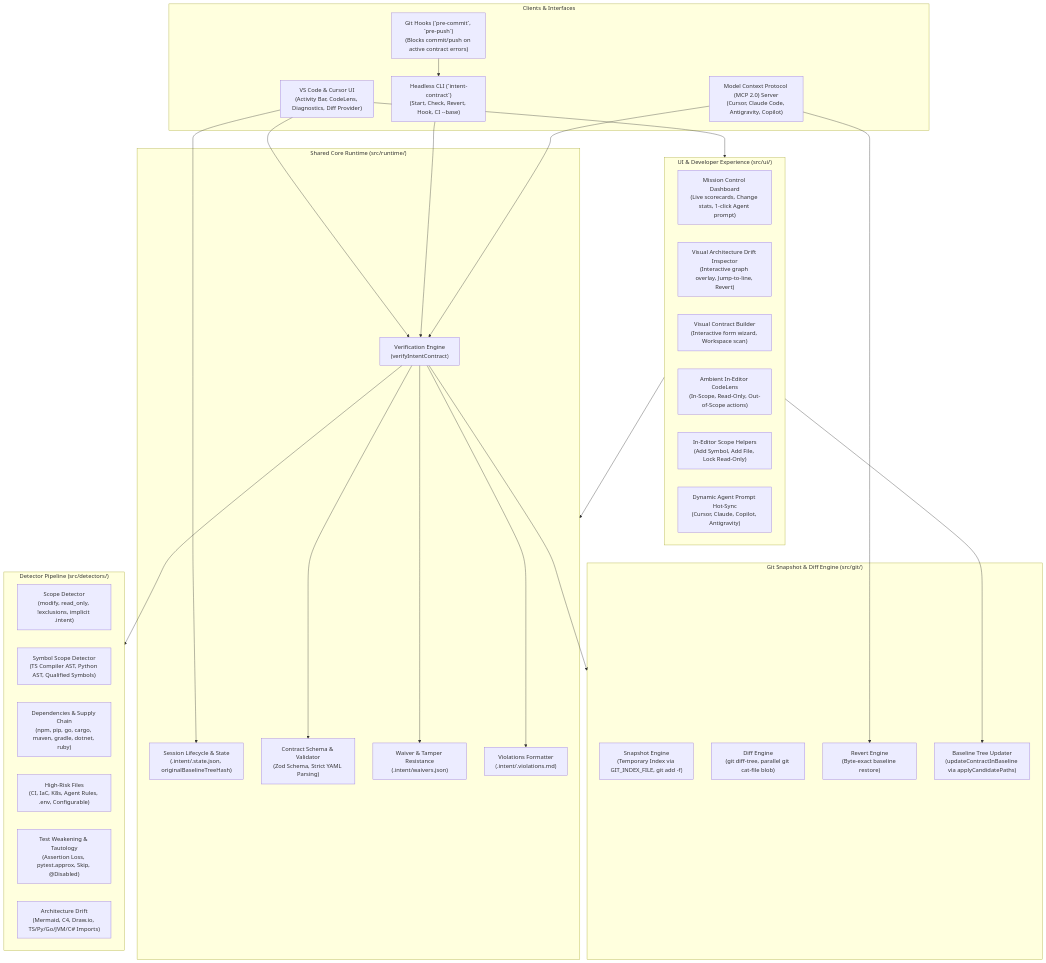
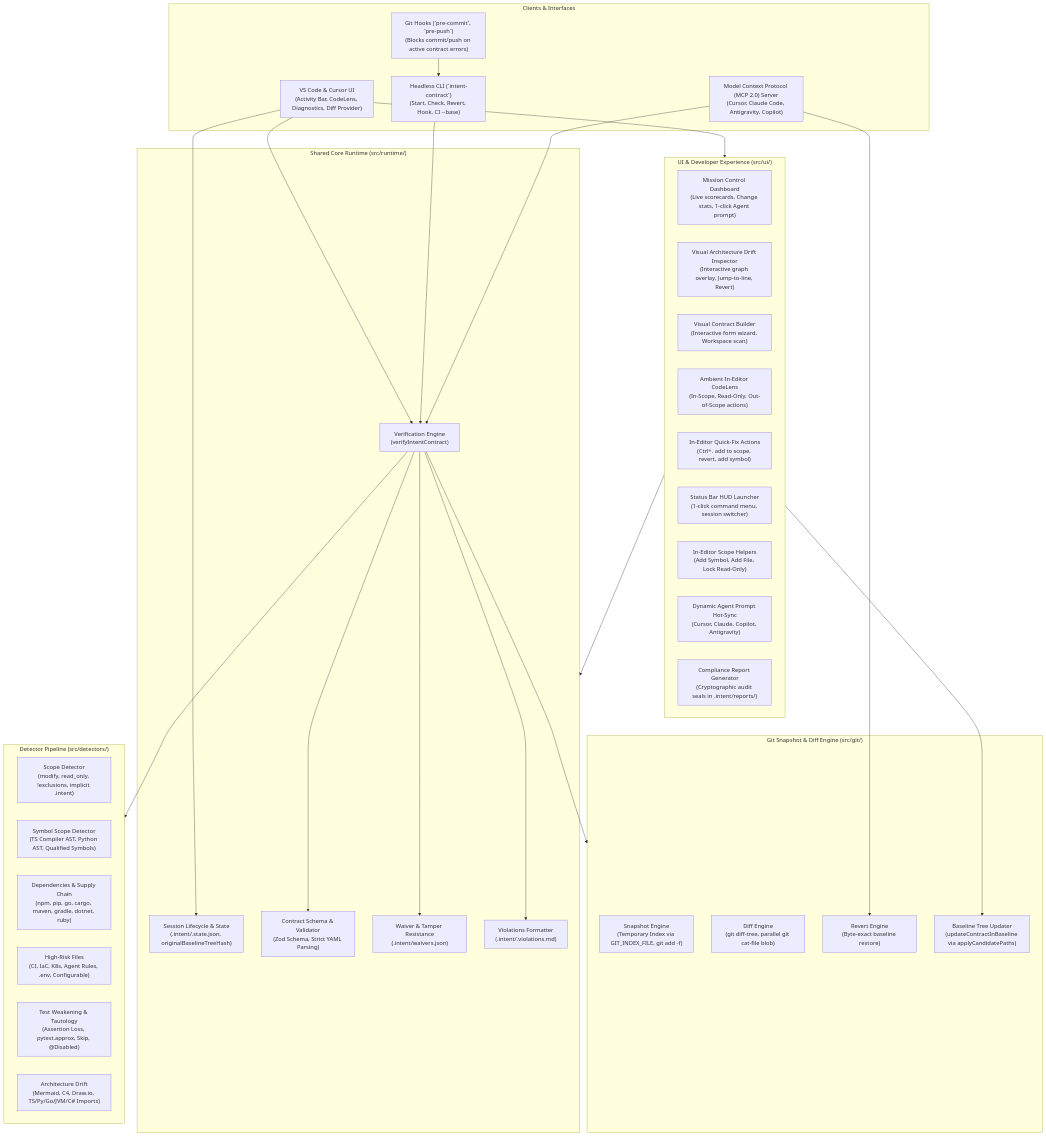
One commit to anilkumar4/intent-contract-vs-ext changed the first of 3 diagrams in docs/intent-contract-architecture.md. Above: the diagram before and after it, drawn with Mermaid. The commit also changed other lines of this file and 4 other files, not shown here.

````diff
--- a/docs/intent-contract-architecture.md
+++ b/docs/intent-contract-architecture.md
@@ -44,58 +44,61 @@
 ```mermaid
 flowchart TD
     subgraph Clients["Clients & Interfaces"]
         IDE["VS Code & Cursor UI<br/>(Activity Bar, CodeLens, Diagnostics, Diff Provider)"]
         CLI["Headless CLI (`intent-contract`)<br/>(Start, Check, Revert, Hook, CI --base)"]
         MCP["Model Context Protocol (MCP 2.0) Server<br/>(Cursor, Claude Code, Antigravity, Copilot)"]
         HOOKS["Git Hooks (`pre-commit`, `pre-push`)<br/>(Blocks commit/push on active contract errors)"]
     end
 
     subgraph UILayer["UI & Developer Experience (src/ui/)"]
         Dashboard["Mission Control Dashboard<br/>(Live scorecards, Change stats, 1-click Agent prompt)"]
         ArchInspector["Visual Architecture Drift Inspector<br/>(Interactive graph overlay, Jump-to-line, Revert)"]
         VisualBuilder["Visual Contract Builder<br/>(Interactive form wizard, Workspace scan)"]
         CodeLens["Ambient In-Editor CodeLens<br/>(In-Scope, Read-Only, Out-of-Scope actions)"]
+        QuickFix["In-Editor Quick-Fix Actions<br/>(Ctrl+. add to scope, revert, add symbol)"]
+        StatusHUD["Status Bar HUD Launcher<br/>(1-click command menu, session switcher)"]
         ScopeHelpers["In-Editor Scope Helpers<br/>(Add Symbol, Add File, Lock Read-Only)"]
         AgentSync["Dynamic Agent Prompt Hot-Sync<br/>(Cursor, Claude, Copilot, Antigravity)"]
+        ReportGen["Compliance Report Generator<br/>(Cryptographic audit seals in .intent/reports/)"]
     end
 
     subgraph Runtime["Shared Core Runtime (src/runtime/)"]
         Lifecycle["Session Lifecycle & State<br/>(.intent/.state.json, originalBaselineTreeHash)"]
         ContractLoader["Contract Schema & Validator<br/>(Zod Schema, Strict YAML Parsing)"]
         VerificationEngine["Verification Engine<br/>(verifyIntentContract)"]
         Waivers["Waiver & Tamper Resistance<br/>(.intent/waivers.json)"]
         Violations["Violations Formatter<br/>(.intent/.violations.md)"]
     end
 
     subgraph GitEngine["Git Snapshot & Diff Engine (src/git/)"]
         Snapshot["Snapshot Engine<br/>(Temporary Index via GIT_INDEX_FILE, git add -f)"]
         DiffEngine["Diff Engine<br/>(git diff-tree, parallel git cat-file blob)"]
         RevertEngine["Revert Engine<br/>(Byte-exact baseline restore)"]
         BaselineSync["Baseline Tree Updater<br/>(updateContractInBaseline via applyCandidatePaths)"]
     end
 
     subgraph Detectors["Detector Pipeline (src/detectors/)"]
         D_Scope["Scope Detector<br/>(modify, read_only, !exclusions, implicit .intent)"]
         D_Symbol["Symbol Scope Detector<br/>(TS Compiler AST, Python AST, Qualified Symbols)"]
         D_Dep["Dependencies & Supply Chain<br/>(npm, pip, go, cargo, maven, gradle, dotnet, ruby)"]
         D_Risk["High-Risk Files<br/>(CI, IaC, K8s, Agent Rules, .env, Configurable)"]
         D_Test["Test Weakening & Tautology<br/>(Assertion Loss, pytest.approx, Skip, @Disabled)"]
         D_Arch["Architecture Drift<br/>(Mermaid, C4, Draw.io, TS/Py/Go/JVM/C# Imports)"]
     end
 
     IDE --> UILayer
     UILayer --> Runtime
     UILayer --> BaselineSync
     IDE --> Lifecycle
     IDE --> VerificationEngine
     CLI --> VerificationEngine
     HOOKS --> CLI
     MCP --> VerificationEngine
     MCP --> RevertEngine
 
     VerificationEngine --> ContractLoader
     VerificationEngine --> GitEngine
     VerificationEngine --> Detectors
     VerificationEngine --> Waivers
     VerificationEngine --> Violations
 ```
````
